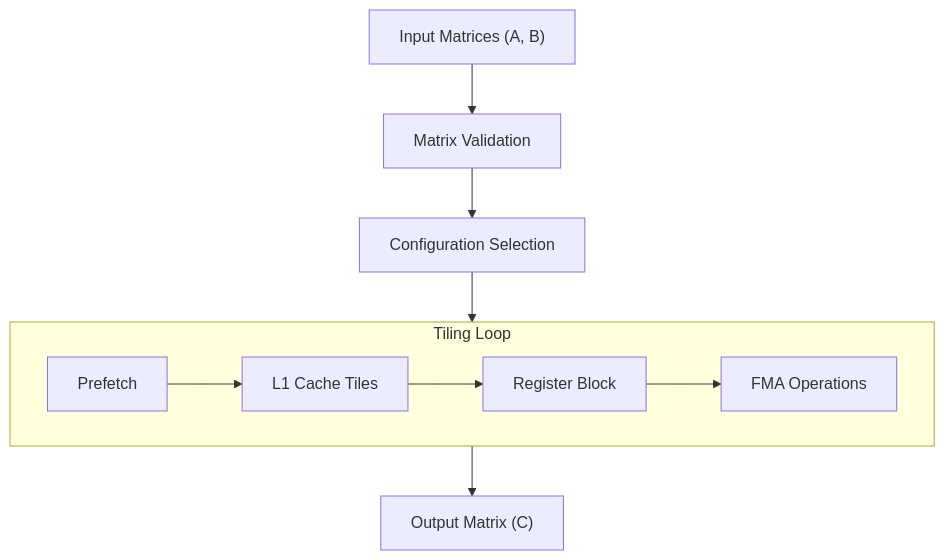
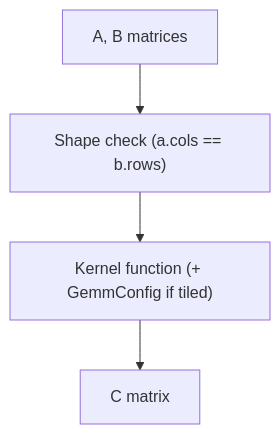
One commit to jchu0/applied-cs-projects changed the second of 3 diagrams in 19-gpu-kernel-optimization/docs/ARCHITECTURE.md. Above: the diagram before and after it, drawn with Mermaid. The commit also changed other lines of this file and 7 other files, not shown here.

````diff
--- a/19-gpu-kernel-optimization/docs/ARCHITECTURE.md
+++ b/19-gpu-kernel-optimization/docs/ARCHITECTURE.md
@@ -83,18 +111,6 @@
 ```mermaid
 flowchart TD
-    Input["Input Matrices (A, B)"] --> Validation["Matrix Validation"]
-    Validation --> Config["Configuration Selection"]
-    Config --> TilingLoop
-
-    subgraph TilingLoop["Tiling Loop"]
-        L1["L1 Cache Tiles"]
-        Reg["Register Block"]
-        FMA["FMA Operations"]
-        Prefetch["Prefetch"]
-        Prefetch --> L1
-        L1 --> Reg
-        Reg --> FMA
-    end
-
-    TilingLoop --> Output["Output Matrix (C)"]
+    Input["A, B matrices"] --> Validate["Shape check (a.cols == b.rows)"]
+    Validate --> Kernel["Kernel function (+ GemmConfig if tiled)"]
+    Kernel --> Output["C matrix"]
 ```
````
